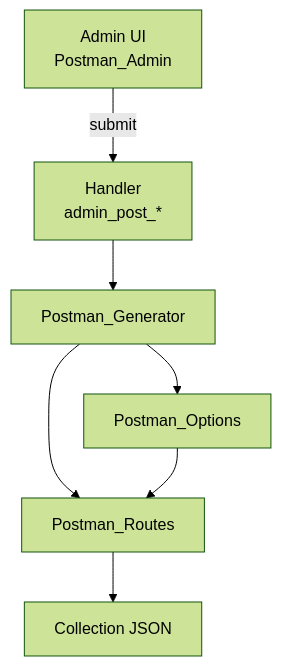
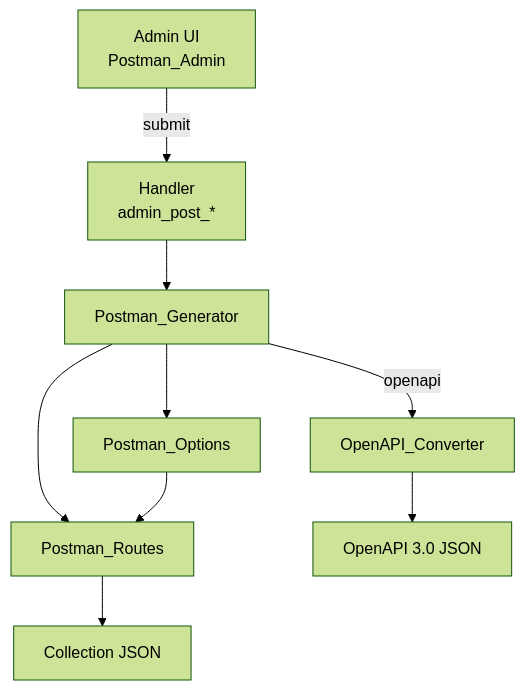
Before and after one commit to mksddn/WP-MksDdn-Postman-Collection: the diagram in docs/Project.md, drawn with Mermaid (forest theme). The commit also changed other lines of this file and 10 other files, not shown here.

````diff
--- a/docs/Project.md
+++ b/docs/Project.md
@@ -87,9 +93,11 @@
 ```mermaid
 flowchart TD
   A[Admin UI<br/>Postman_Admin] -->|submit| B[Handler<br/>admin_post_*]
   B --> C[Postman_Generator]
   C --> D[Postman_Routes]
   C --> E[Postman_Options]
   D --> F[Collection JSON]
   E --> D
+  C -->|openapi| G[OpenAPI_Converter]
+  G --> H[OpenAPI 3.0 JSON]
 ```
````
